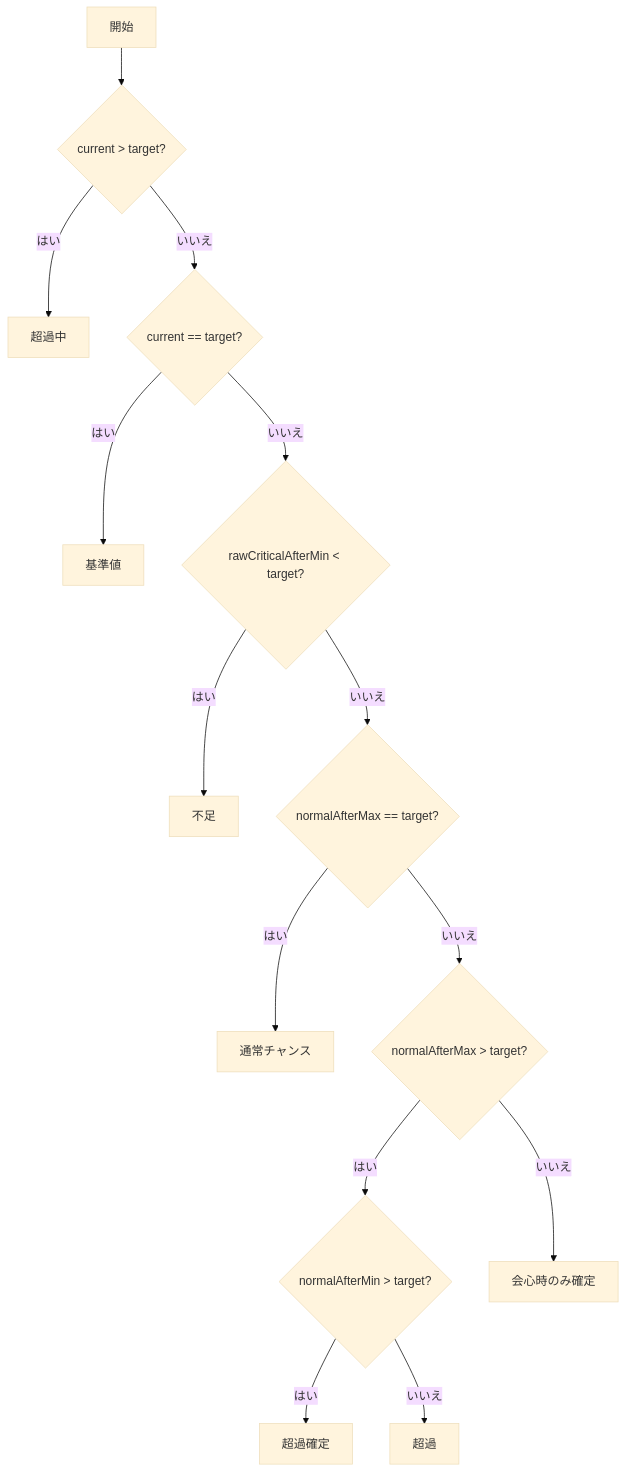
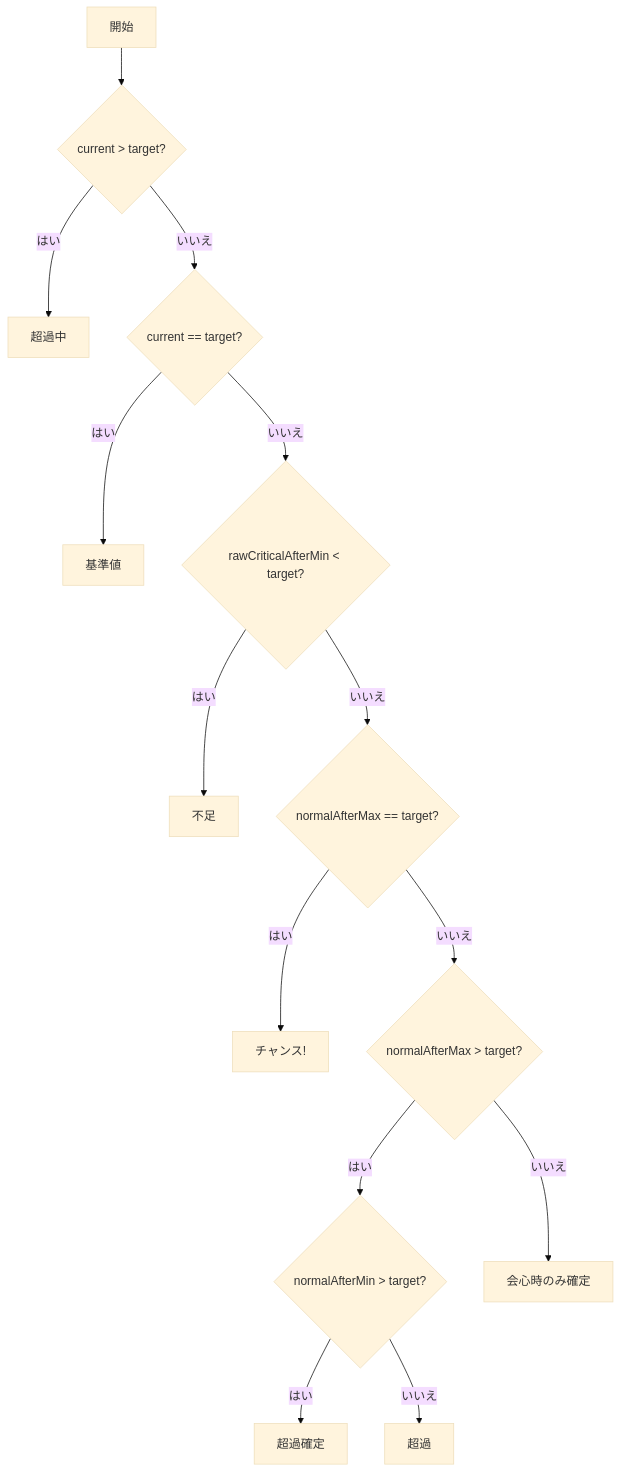
Before and after one commit to kwdch013/crafting_dq10: the third of 4 diagrams in docs/design/07-judgement-flow.md, drawn with Mermaid (base theme). The commit also changed other lines of this file and 2 other files, not shown here.

Commit message:
木工・裁縫の通常チャンス判定名をチャンス!へ変更
非会心時に確率で基準値ちょうどへ到達する判定であることを直感的に伝えるため、
表示名を「通常チャンス」から「チャンス!」へ変更。判定フロー図と分類説明の
ドキュメントも同名へ揃える。判定ロジック(status id: normal-chance)は不変。

````diff
--- a/docs/design/07-judgement-flow.md
+++ b/docs/design/07-judgement-flow.md
@@ -69,16 +69,16 @@
 ```mermaid
 flowchart TD
   A[開始] --> B{current > target?}
   B -->|はい| C[超過中]
   B -->|いいえ| D{current == target?}
   D -->|はい| E[基準値]
   D -->|いいえ| F{rawCriticalAfterMin < target?}
   F -->|はい| G[不足]
   F -->|いいえ| H{normalAfterMax == target?}
-  H -->|はい| I[通常チャンス]
+  H -->|はい| I[チャンス!]
   H -->|いいえ| J{normalAfterMax > target?}
   J -->|はい| K{normalAfterMin > target?}
   K -->|はい| L[超過確定]
   K -->|いいえ| M[超過]
   J -->|いいえ| N[会心時のみ確定]
 ```
````
